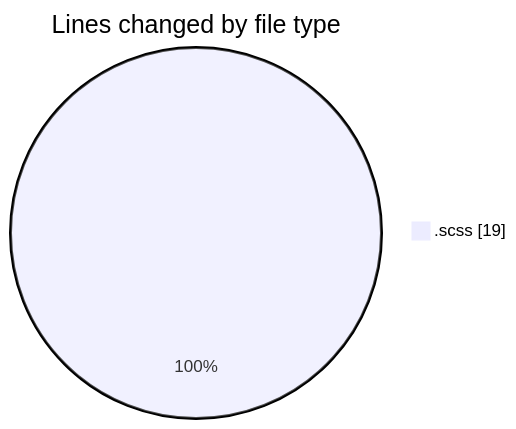
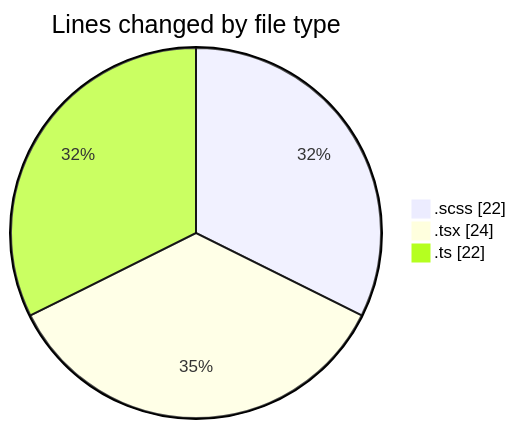
The first of 2 diagrams in 2025-02-10/cda/README.md (momahboobian/code-tracking), drawn with Mermaid before and after one commit. The commit also changed other lines of this file and 1 other file, not shown here.

````diff
--- a/2025-02-10/cda/README.md
+++ b/2025-02-10/cda/README.md
@@ -20,5 +22,7 @@
 ```mermaid
 pie showData
 title Lines changed by file type
-".scss" : 19
+".scss" : 22
+".tsx" : 24
+".ts" : 22
 ```
````
